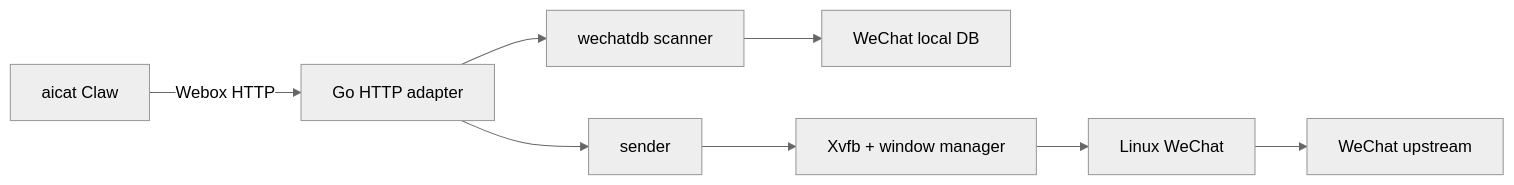
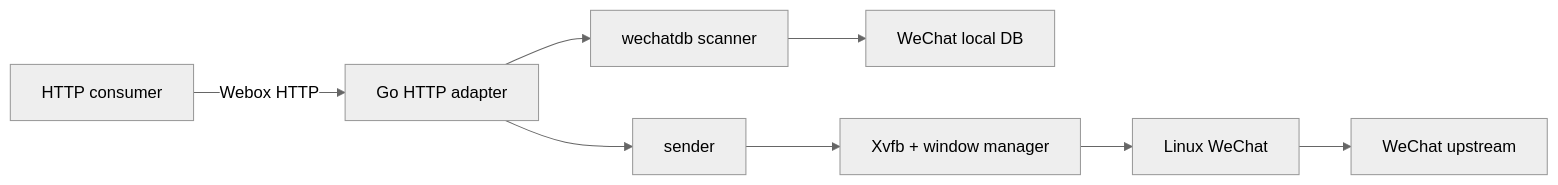
The diagram in docs/architecture.md (netcat-ai/webox), drawn with Mermaid (neutral theme) before and after one commit. The commit also changed other lines of this file and 1 other file, not shown here.

Commit message:
Make Webox documentation self-contained

````diff
--- a/docs/architecture.md
+++ b/docs/architecture.md
@@ -17,10 +17,10 @@
 ```mermaid
 flowchart LR
-  Aicat["aicat Claw"] -->|"Webox HTTP"| Adapter["Go HTTP adapter"]
+  Consumer["HTTP consumer"] -->|"Webox HTTP"| Adapter["Go HTTP adapter"]
   Adapter --> DBScanner["wechatdb scanner"]
   DBScanner --> WXDB["WeChat local DB"]
   Adapter --> UISender["sender"]
   UISender --> Display["Xvfb + window manager"]
   Display --> WeChat["Linux WeChat"]
   WeChat --> WXNet["WeChat upstream"]
 ```
````
